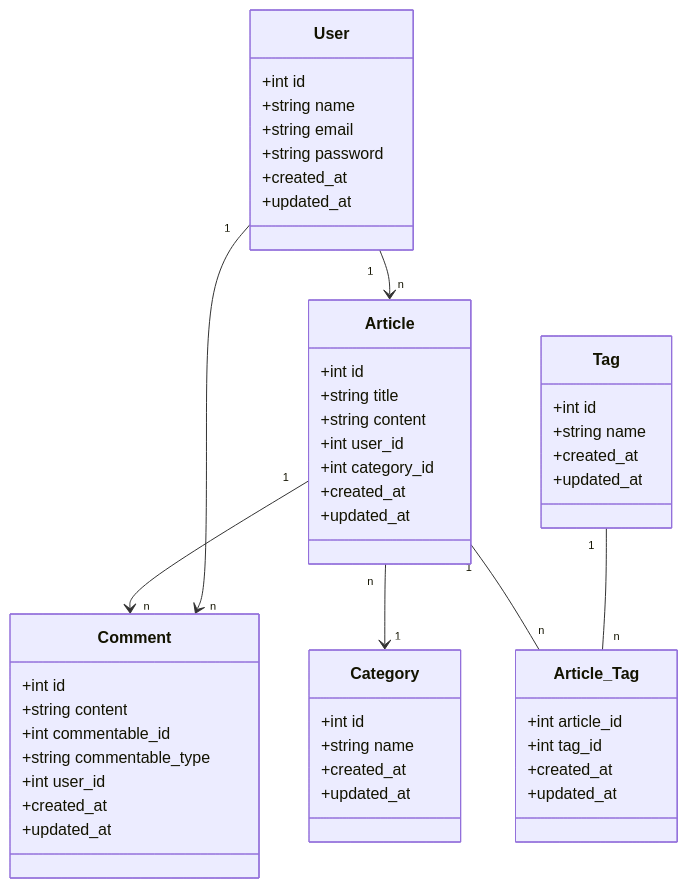
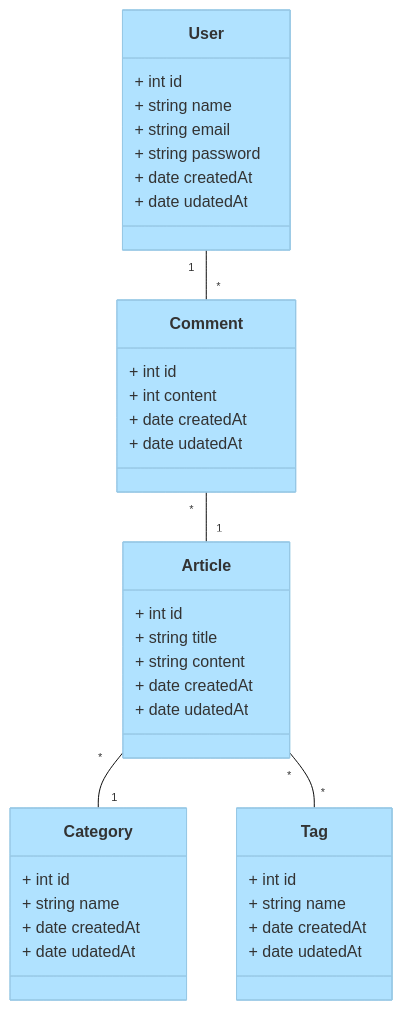
One commit to samiaBoug/Soli_LMS_Test_Inscription changed the diagram in Branche_technique/Prototype/diagrame_de_class_prototype.mmd. Above: the diagram before and after it, drawn with Mermaid. The commit also changed other lines of this file and 10 other files, not shown here.

```diff
--- a/Branche_technique/Prototype/diagrame_de_class_prototype.mmd
+++ b/Branche_technique/Prototype/diagrame_de_class_prototype.mmd
@@ -1,60 +1,45 @@
+%%{init: {'theme': 'base', 'themeVariables': {'primaryColor': '#B0E2FF', 'edgeLabelBackground': '#E6F7FF', 'tertiaryColor': '#D9F2FF'}}}%%
+
 classDiagram
-classDef blueSky fill:#87CEEB,stroke:#000000,stroke-width:1px
-
-  class User:::blueSky {
-    +int id
-    +string name
-    +string email
-    +string password
-    +created_at
-    +updated_at
-  }
-  
-
-  class Article:::classDef {
-    +int id
-    +string title
-    +string content
-    +int user_id
-    +int category_id
-    +created_at
-    +updated_at
+  class User {
+    + int id
+    + string name
+    + string email
+    + string password
+    + date createdAt
+    + date udatedAt
   }
 
-  class Category:::classDef {
-    +int id
-    +string name
-    +created_at
-    +updated_at
+  class Article {
+    + int id
+    + string title
+    + string content
+    + date createdAt
+    + date udatedAt
   }
 
-  class Tag:::classDef {
-    +int id
-    +string name
-    +created_at
-    +updated_at
+  class Category {
+    + int id
+    + string name
+    + date createdAt
+    + date udatedAt
   }
 
-  class Article_Tag:::classDef {
-    +int article_id
-    +int tag_id
-    +created_at
-    +updated_at
+  class Tag {
+    + int id
+    + string name
+    + date createdAt
+    + date udatedAt
   }
 
-  class Comment:::classDef{
-    +int id
-    +string content
-    +int commentable_id
-    +string commentable_type
-    +int user_id
-    +created_at
-    +updated_at
+  class Comment {
+    + int id
+    + int content
+    + date createdAt
+    + date udatedAt
   }
 
-  Article "n" --> "1" Category
-  Article "1" --> "n" Comment
-  Article "1" -- "n" Article_Tag
-  Tag "1" -- "n" Article_Tag
-  User "1" --> "n" Comment
-  User "1" --> "n" Article
+  Article "*" -- "1" Category
+  Article "*" -- "*" Tag
+  User "1" -- "*" Comment
+  Comment "*" -- "1" Article
```
